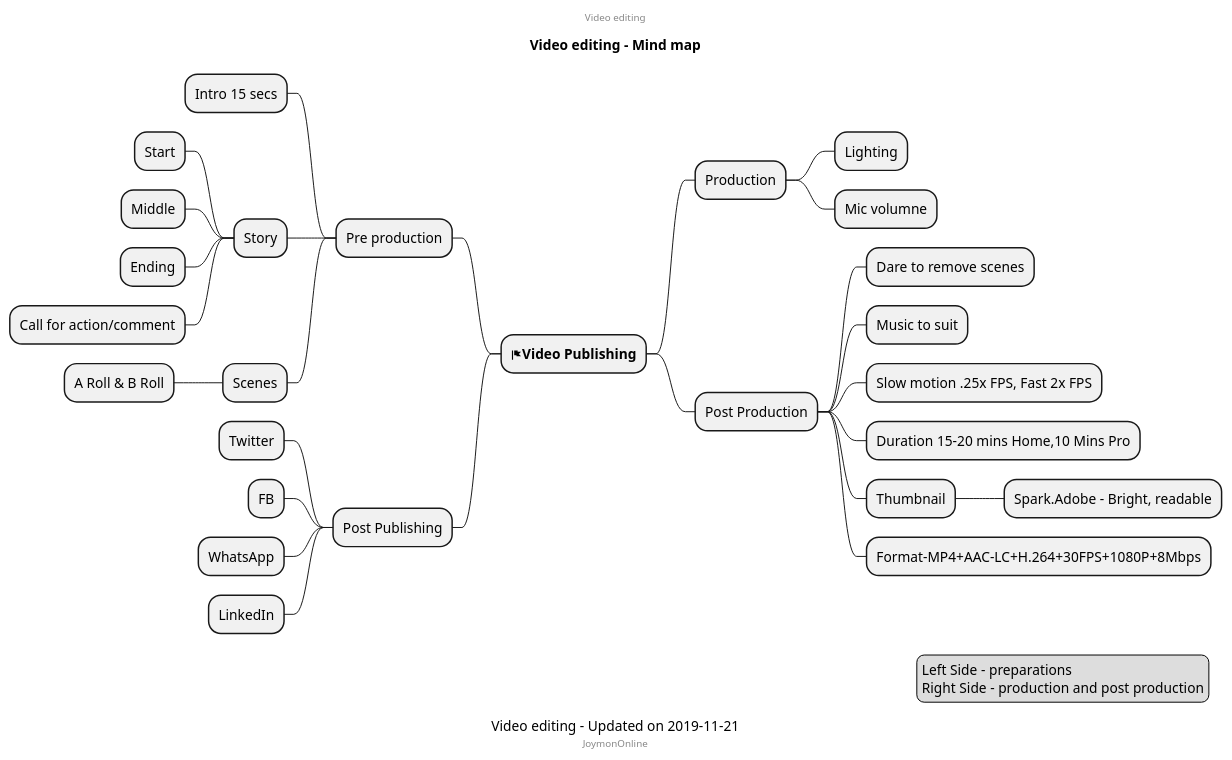
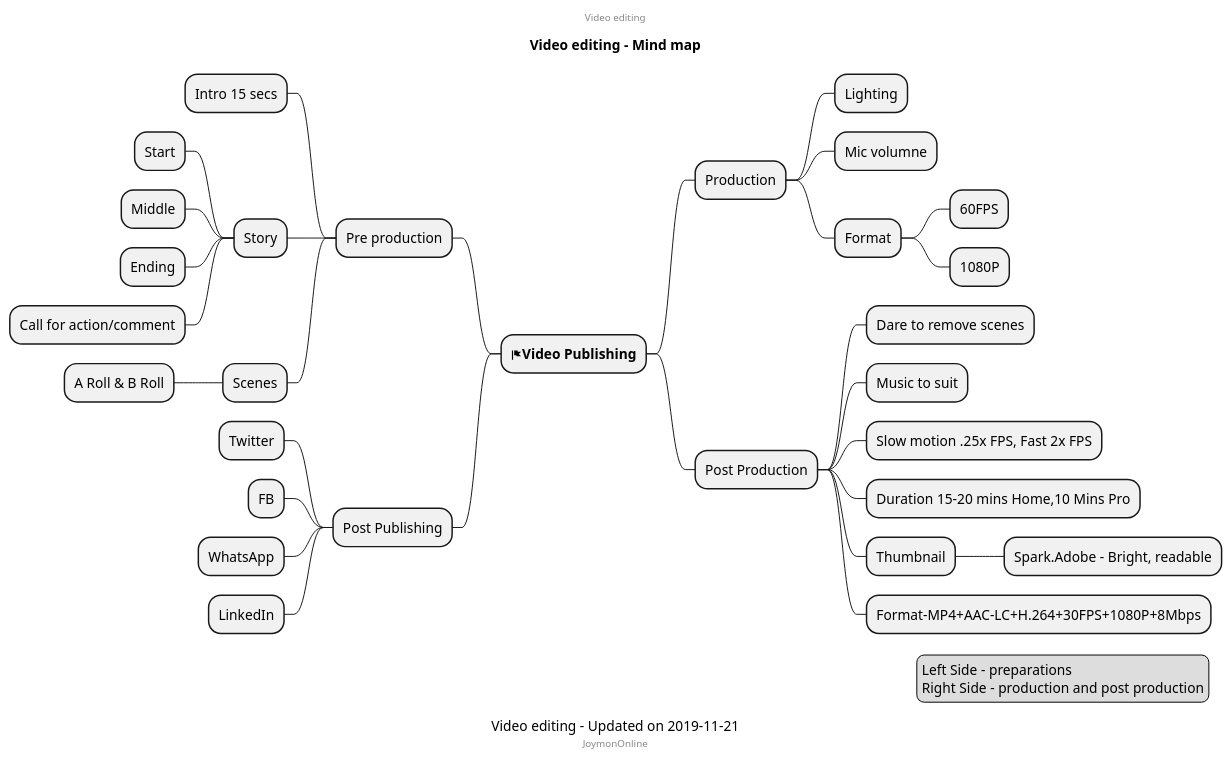
One commit to mind-maps/technology changed the diagram in media/video/publishing.puml. Above: the diagram before and after it, drawn with PlantUML.

Commit message:
Changes to video publishing

```diff
--- a/media/video/publishing.puml
+++ b/media/video/publishing.puml
@@ -1,43 +1,46 @@
 @startmindmap
 caption Video editing - Updated on 2019-11-21
 title Video editing - Mind map
 center header
 Video editing
 endheader
 
 * <&flag><b>Video Publishing</b>
 ** Production
 *** Lighting
 *** Mic volumne
+*** Format
+**** 60FPS
+**** 1080P
 ** Post Production
 *** Dare to remove scenes
 *** Music to suit
 *** Slow motion .25x FPS, Fast 2x FPS
 *** Duration 15-20 mins Home,10 Mins Pro
 *** Thumbnail
 **** Spark.Adobe - Bright, readable
 *** Format-MP4+AAC-LC+H.264+30FPS+1080P+8Mbps
 
 left side
 ** Pre production
 *** Intro 15 secs
 *** Story
 **** Start
 **** Middle
 **** Ending
 ****  Call for action/comment
 *** Scenes
 **** A Roll & B Roll
 ** Post Publishing
 *** Twitter
 *** FB
 *** WhatsApp
 *** LinkedIn
 
 center footer JoymonOnline
 
 legend right
   Left Side - preparations
   Right Side - production and post production
 endlegend
 @endmindmap
```
